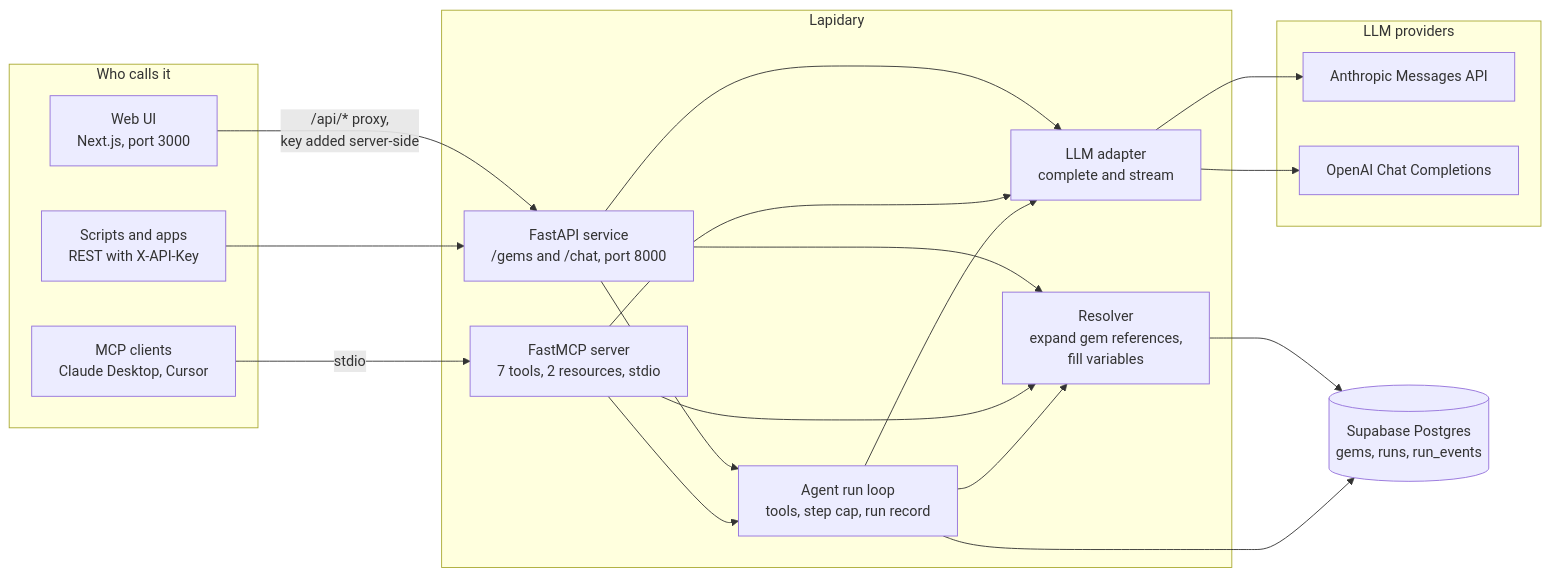
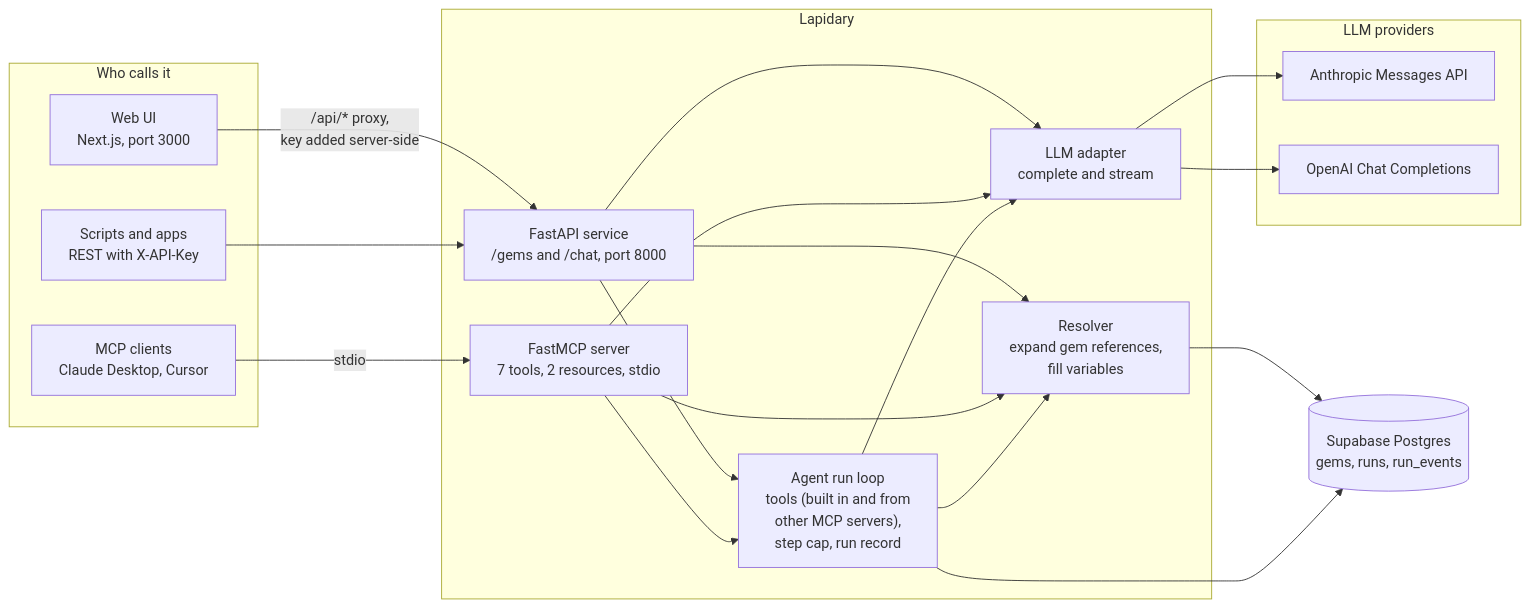
The first of 10 diagrams in ARCHITECTURE.md (poyfather/gemsAPI), drawn with Mermaid before and after one commit. The commit also changed other lines of this file and 25 other files, not shown here.

First line of the commit message:
Also: ADR-009 (proposed) and roadmap items 36 to 40 lay out Lapidary Desktop, (#41)

````diff
--- a/ARCHITECTURE.md
+++ b/ARCHITECTURE.md
@@ -7,39 +7,39 @@
 ```mermaid
 flowchart LR
     subgraph callers["Who calls it"]
         UI["Web UI<br/>Next.js, port 3000"]
         REST["Scripts and apps<br/>REST with X-API-Key"]
         MCPC["MCP clients<br/>Claude Desktop, Cursor"]
     end
 
     subgraph core["Lapidary"]
         API["FastAPI service<br/>/gems and /chat, port 8000"]
         MCPS["FastMCP server<br/>7 tools, 2 resources, stdio"]
         RES["Resolver<br/>expand gem references,<br/>fill variables"]
         LLM["LLM adapter<br/>complete and stream"]
-        LOOP["Agent run loop<br/>tools, step cap, run record"]
+        LOOP["Agent run loop<br/>tools (built in and from<br/>other MCP servers),<br/>step cap, run record"]
     end
 
     DB[("Supabase Postgres<br/>gems, runs, run_events")]
 
     subgraph providers["LLM providers"]
         ANT["Anthropic Messages API"]
         OAI["OpenAI Chat Completions"]
     end
 
     UI -- "/api/* proxy,<br/>key added server-side" --> API
     REST --> API
     MCPC -- "stdio" --> MCPS
     API --> RES
     MCPS --> RES
     RES --> DB
     API --> LLM
     MCPS --> LLM
     API --> LOOP
     MCPS --> LOOP
     LOOP --> RES
     LOOP --> LLM
     LOOP --> DB
     LLM --> ANT
     LLM --> OAI
 ```
````
